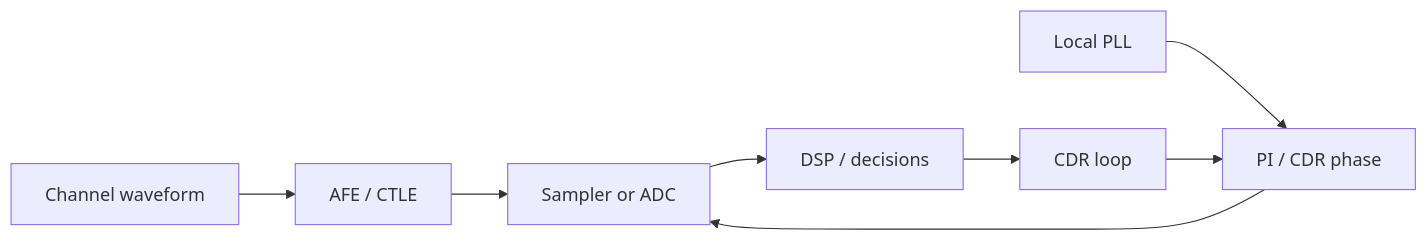
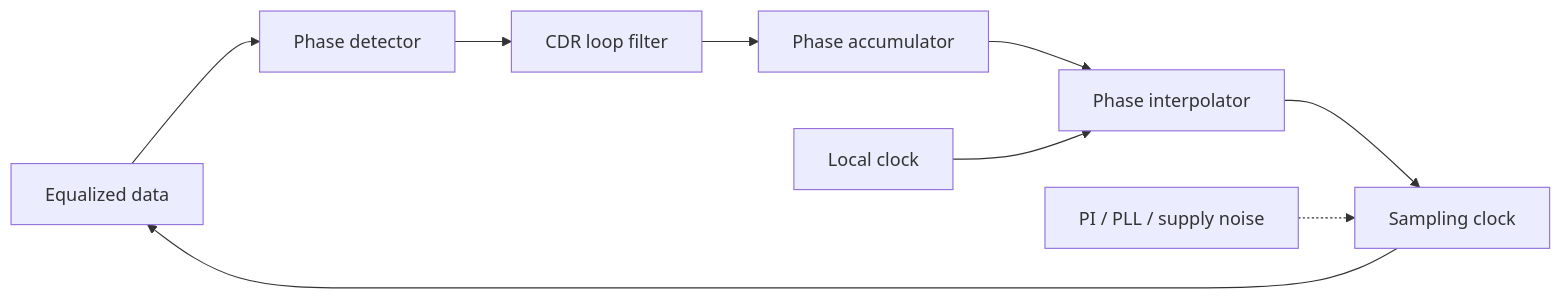
The sixth of 8 diagrams in 01_AnalogIC_SerDes/PLL_CDR_Clocking/pll_phase_noise_jitter.md (uopuwe/Second_Brain), drawn with Mermaid before and after one commit. The commit also changed other lines of this file and 21 other files, not shown here.

Commit message:
combined phase_noise_jitter and pll_phase_noise_jitter

````diff
--- a/01_AnalogIC_SerDes/PLL_CDR_Clocking/pll_phase_noise_jitter.md
+++ b/01_AnalogIC_SerDes/PLL_CDR_Clocking/pll_phase_noise_jitter.md
@@ -753,10 +707,11 @@
 ```mermaid
 flowchart LR
-  CH[Channel waveform] --> AFE[AFE / CTLE]
-  AFE --> SAM[Sampler or ADC]
-  PLL[Local PLL] --> PI[PI / CDR phase]
-  CDR[CDR loop] --> PI
-  PI --> SAM
-  SAM --> DSP[DSP / decisions]
-  DSP --> CDR
+  DATA[Equalized data] --> PD[Phase detector]
+  PD --> LF[CDR loop filter]
+  LF --> ACC[Phase accumulator]
+  ACC --> PI[Phase interpolator]
+  PLL[Local clock] --> PI
+  PI --> SAMPLE[Sampling clock]
+  SAMPLE --> DATA
+  NOISE[PI / PLL / supply noise] -.-> SAMPLE
 ```
````
